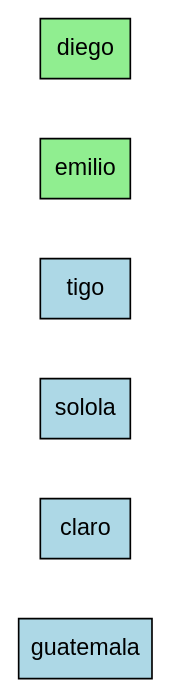
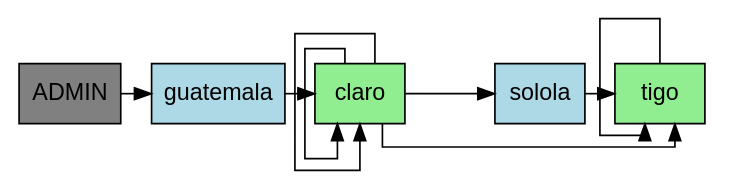
Before and after one commit to DavidVelasquez77/EDD_PROYECTO1: the diagram in output/reporte_matriz.dot, drawn with Graphviz. The commit also changed 3 other files, not shown here.

```diff
--- a/output/reporte_matriz.dot
+++ b/output/reporte_matriz.dot
@@ -1,10 +1,21 @@
-digraph MatrizLayout {
-  rankdir=LR;
+digraph MatrizDispersa {
   node [shape=box, style=filled, fontname=Arial];
   splines=ortho;
-  nodesep=0.5;
-  ranksep=0.5;
-  { rank=same; "guatemala" [fillcolor=lightblue]; "claro" [fillcolor=lightblue]; "solola" [fillcolor=lightblue]; "tigo" [fillcolor=lightblue]; }
-  "emilio" [fillcolor=lightgreen];
-  "diego" [fillcolor=lightgreen];
+  rankdir=TB;
+  "ADMIN" [fillcolor=gray, group=1, pos="0,0!"];
+  "guatemala" [fillcolor=lightblue, group=2, pos="2,0!"];
+  "ADMIN" -> "guatemala";
+  "claro" [fillcolor=lightblue, group=3, pos="3,0!"];
+  "guatemala" -> "claro";
+  "claro" -> "claro";
+  "solola" [fillcolor=lightblue, group=4, pos="4,0!"];
+  "claro" -> "solola";
+  "tigo" [fillcolor=lightblue, group=5, pos="5,0!"];
+  "solola" -> "tigo";
+  "tigo" -> "tigo";
+  "claro" [fillcolor=lightgreen, group=1, pos="0,-1!"];
+  "claro" -> "claro";
+  "tigo" [fillcolor=lightgreen, group=1, pos="0,-2!"];
+  "claro" -> "tigo";
+  { rank=same; "ADMIN" "guatemala" "claro" "solola" "tigo" }
 }
```
